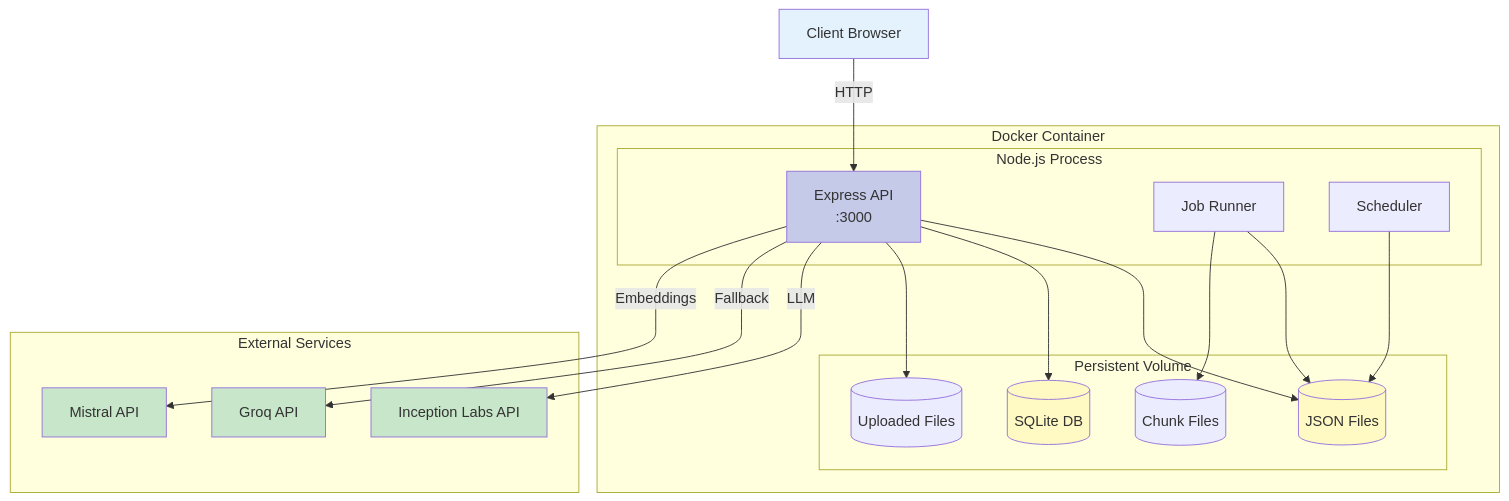
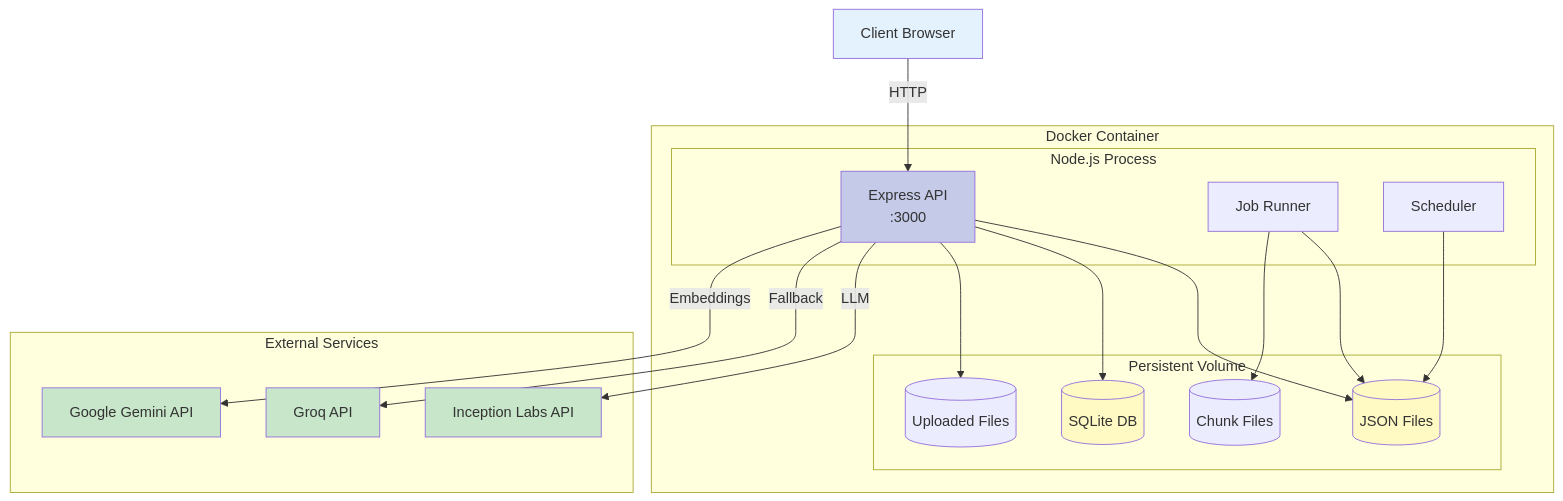
One commit to Nkululeko-data/ai-learning-assistant changed diagram 19 of 25 in SYSTEM-ARCHITECTURE.md. Above: the diagram before and after it, drawn with Mermaid. The commit also changed other lines of this file and 57 other files, not shown here.

````diff
--- a/SYSTEM-ARCHITECTURE.md
+++ b/SYSTEM-ARCHITECTURE.md
@@ -1091,43 +1091,43 @@
 ```mermaid
 graph TB
     subgraph "Docker Container"
         subgraph "Node.js Process"
             API[Express API<br/>:3000]
             JOBS[Job Runner]
             SCHED[Scheduler]
         end
         
         subgraph "Persistent Volume"
             JSON[(JSON Files)]
             SQLITE[(SQLite DB)]
             FILES[(Uploaded Files)]
             CHUNKS[(Chunk Files)]
         end
     end
     
     subgraph "External Services"
         INC[Inception Labs API]
         GROQ[Groq API]
-        MIST[Mistral API]
+        GEM[Google Gemini API]
     end
     
     CLIENT[Client Browser] -->|HTTP| API
     API --> JSON
     API --> SQLITE
     API --> FILES
     JOBS --> JSON
     JOBS --> CHUNKS
     SCHED --> JSON
     
     API -->|LLM| INC
     API -->|Fallback| GROQ
-    API -->|Embeddings| MIST
+    API -->|Embeddings| GEM
     
     style CLIENT fill:#e3f2fd
     style API fill:#c5cae9
     style JSON fill:#fff9c4
     style SQLITE fill:#fff9c4
     style INC fill:#c8e6c9
     style GROQ fill:#c8e6c9
-    style MIST fill:#c8e6c9
+    style GEM fill:#c8e6c9
 ```
````
